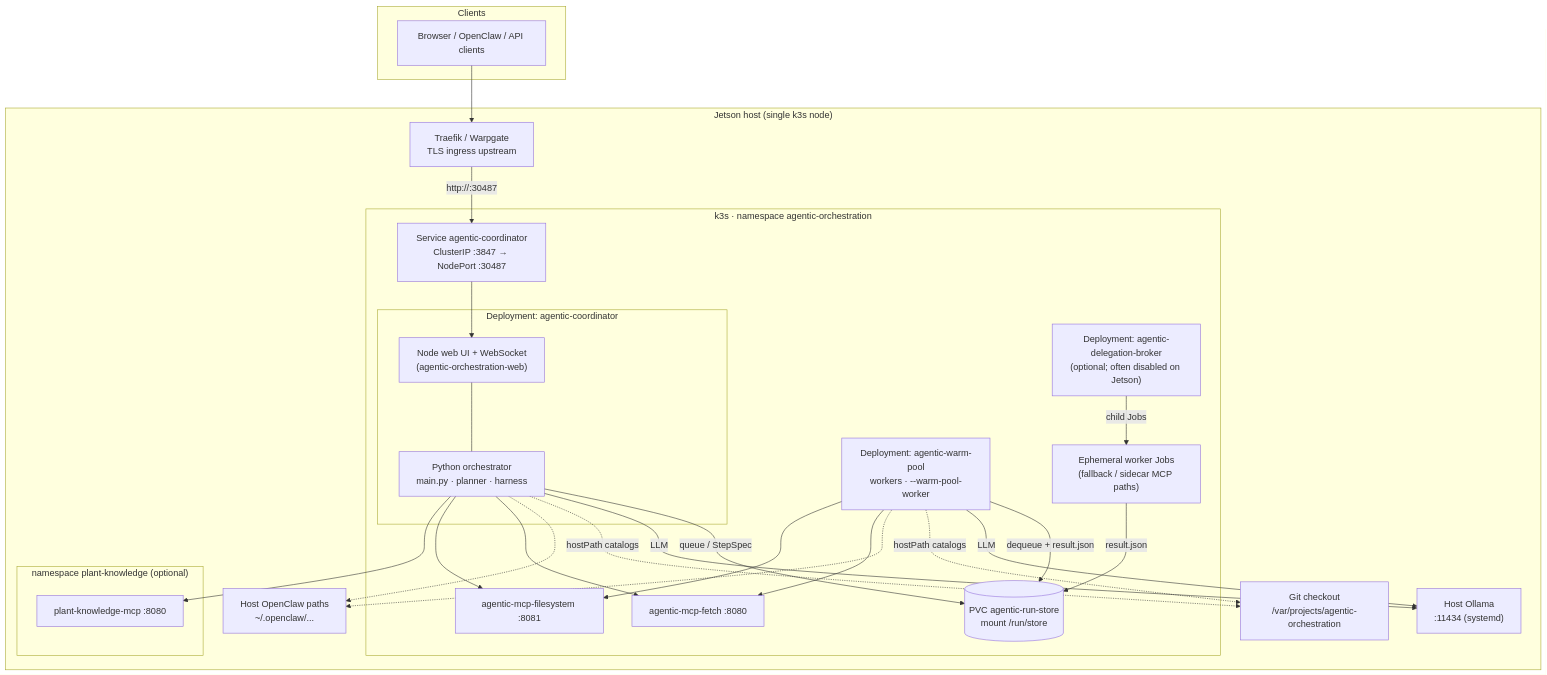
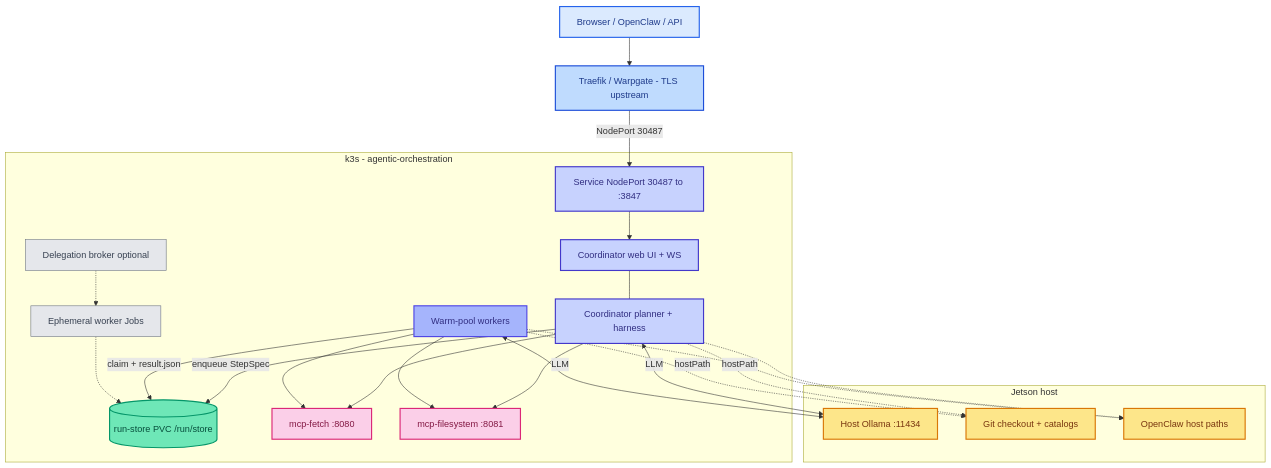
The first of 3 diagrams in docs/system-architecture/index.md (zlatko-lakisic/agentic-orchestration), drawn with Mermaid before and after one commit. The commit also changed other lines of this file and 7 other files, not shown here.

First line of the commit message:
Docs: fix Pages asset images and colorful Mermaid diagrams.

````diff
--- a/docs/system-architecture/index.md
+++ b/docs/system-architecture/index.md
@@ -20,55 +22,51 @@
 ```mermaid
 flowchart TB
-  subgraph Users["Clients"]
-    Browser["Browser / OpenClaw / API clients"]
+  classDef client fill:#DBEAFE,stroke:#2563EB,stroke-width:2px,color:#1E3A8A
+  classDef ingress fill:#BFDBFE,stroke:#1D4ED8,stroke-width:2px,color:#1E3A8A
+  classDef host fill:#FDE68A,stroke:#D97706,stroke-width:2px,color:#78350F
+  classDef coord fill:#C7D2FE,stroke:#4338CA,stroke-width:2px,color:#312E81
+  classDef worker fill:#A5B4FC,stroke:#4F46E5,stroke-width:2px,color:#312E81
+  classDef store fill:#6EE7B7,stroke:#059669,stroke-width:2px,color:#064E3B
+  classDef mcp fill:#FBCFE8,stroke:#DB2777,stroke-width:2px,color:#831843
+  classDef opt fill:#E5E7EB,stroke:#6B7280,stroke-width:1px,color:#374151
+
+  Browser["Browser / OpenClaw / API"]:::client
+  Traefik["Traefik / Warpgate - TLS upstream"]:::ingress
+
+  subgraph Host["Jetson host"]
+    Ollama["Host Ollama :11434"]:::host
+    GitTree["Git checkout + catalogs"]:::host
+    OpenClawHost["OpenClaw host paths"]:::host
   end
 
-  subgraph Edge["Jetson host (single k3s node)"]
-    Traefik["Traefik / Warpgate<br/>TLS ingress upstream"]
-    Ollama["Host Ollama<br/>:11434 (systemd)"]
-    GitTree["Git checkout<br/>/var/projects/agentic-orchestration"]
-    OpenClawHost["Host OpenClaw paths<br/>~/.openclaw/..."]
-
-    subgraph K3s["k3s · namespace agentic-orchestration"]
-      SVC["Service agentic-coordinator<br/>ClusterIP :3847 → NodePort :30487"]
-
-      subgraph Coord["Deployment: agentic-coordinator"]
-        Web["Node web UI + WebSocket<br/>(agentic-orchestration-web)"]
-        Orch["Python orchestrator<br/>main.py · planner · harness"]
-        Web --- Orch
-      end
-
-      WP["Deployment: agentic-warm-pool<br/>workers · --warm-pool-worker"]
-      Broker["Deployment: agentic-delegation-broker<br/>(optional; often disabled on Jetson)"]
-      Jobs["Ephemeral worker Jobs<br/>(fallback / sidecar MCP paths)"]
-
-      PVC[("PVC agentic-run-store<br/>mount /run/store")]
-
-      MCPFetch["agentic-mcp-fetch :8080"]
-      MCPFs["agentic-mcp-filesystem :8081"]
-    end
-
-    subgraph PlantNS["namespace plant-knowledge (optional)"]
-      PlantMCP["plant-knowledge-mcp :8080"]
-    end
+  subgraph Cluster["k3s - agentic-orchestration"]
+    SVC["Service NodePort 30487 to :3847"]:::coord
+    Web["Coordinator web UI + WS"]:::coord
+    Orch["Coordinator planner + harness"]:::coord
+    WP["Warm-pool workers"]:::worker
+    Broker["Delegation broker optional"]:::opt
+    Jobs["Ephemeral worker Jobs"]:::opt
+    PVC[("run-store PVC /run/store")]:::store
+    MCPFetch["mcp-fetch :8080"]:::mcp
+    MCPFs["mcp-filesystem :8081"]:::mcp
   end
 
   Browser --> Traefik
-  Traefik -->|"http://<jetson>:30487"| SVC
+  Traefik -->|"NodePort 30487"| SVC
   SVC --> Web
-  Orch -->|"queue / StepSpec"| PVC
-  WP -->|"dequeue + result.json"| PVC
-  Broker -->|"child Jobs"| Jobs
-  Jobs -->|"result.json"| PVC
-  Orch -->|"LLM"| Ollama
-  WP -->|"LLM"| Ollama
-  Orch -.->|"hostPath catalogs"| GitTree
-  WP -.->|"hostPath catalogs"| GitTree
+  Web --- Orch
+  Orch -->|"enqueue StepSpec"| PVC
+  WP -->|"claim + result.json"| PVC
+  Broker -.-> Jobs
+  Jobs -.-> PVC
+  Orch <-->|"LLM"| Ollama
+  WP <-->|"LLM"| Ollama
+  Orch -.->|"hostPath"| GitTree
+  WP -.->|"hostPath"| GitTree
   Orch -.-> OpenClawHost
   WP -.-> OpenClawHost
   Orch --> MCPFetch
   Orch --> MCPFs
-  Orch --> PlantMCP
   WP --> MCPFetch
   WP --> MCPFs
 ```
````
